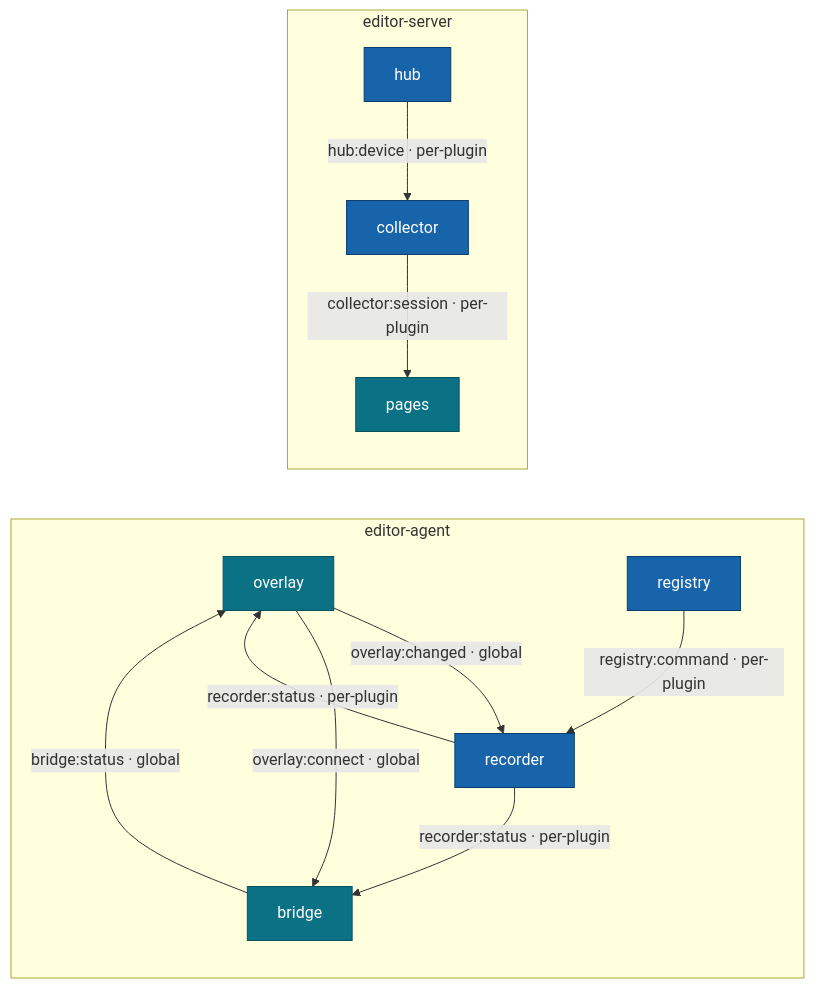
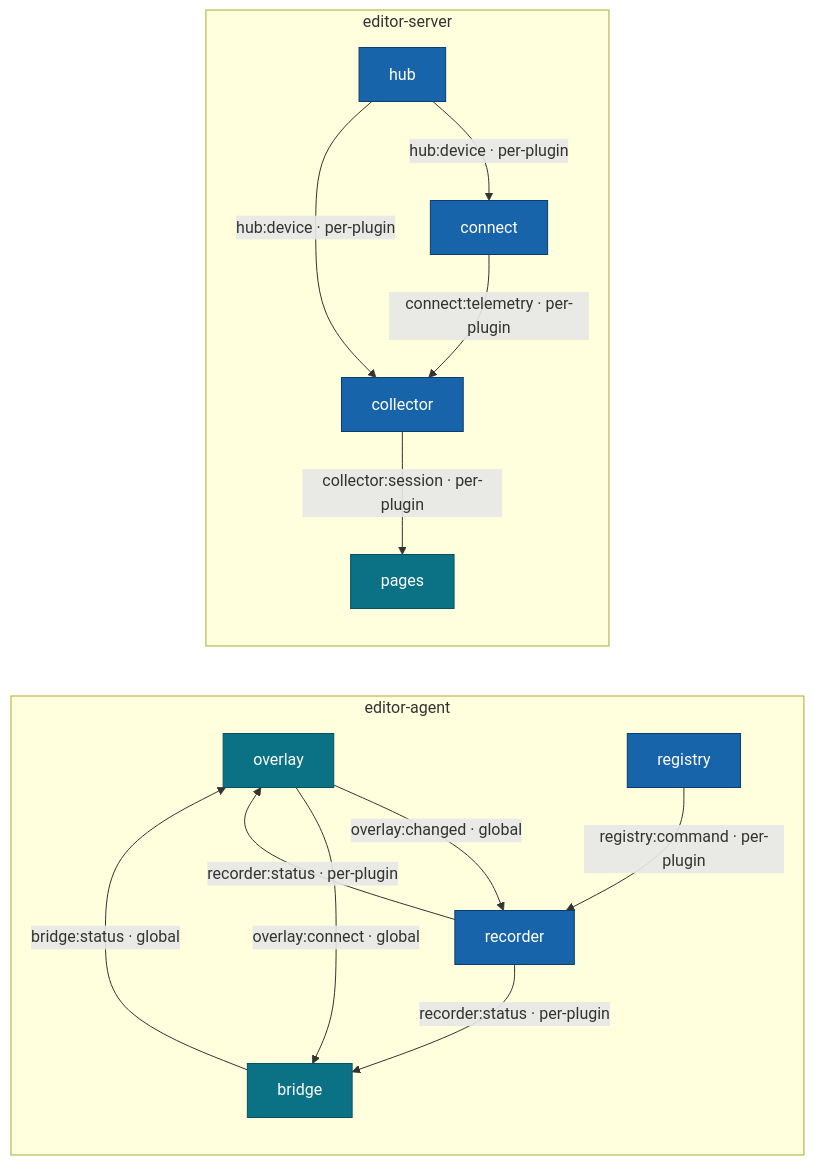
One commit to moku-labs/editor changed the fourth of 5 diagrams in README.md. Above: the diagram before and after it, drawn with Mermaid. The commit also changed other lines of this file and 25 other files, not shown here.

````diff
--- a/README.md
+++ b/README.md
@@ -876,19 +992,21 @@
 ```mermaid
 flowchart LR
   subgraph agent ["editor-agent"]
     OV["overlay"] -- "overlay:changed · global" --> RE["recorder"]
     OV -- "overlay:connect · global" --> BR["bridge"]
     BR -- "bridge:status · global" --> OV
     RG["registry"] -- "registry:command · per-plugin" --> RE
     RE -- "recorder:status · per-plugin" --> OV
     RE -- "recorder:status · per-plugin" --> BR
   end
   subgraph server ["editor-server"]
     HU["hub"] -- "hub:device · per-plugin" --> CO["collector"]
+    HU -- "hub:device · per-plugin" --> CN["connect"]
+    CN -- "connect:telemetry · per-plugin" --> CO
     CO -- "collector:session · per-plugin" --> PA["pages"]
   end
   classDef m fill:#1864ab,stroke:#0d3d6e,color:#fff;
   classDef u fill:#0b7285,stroke:#08525f,color:#fff;
-  class RG,RE,HU,CO m
+  class RG,RE,HU,CN,CO m
   class OV,BR,PA u
 ```
````
